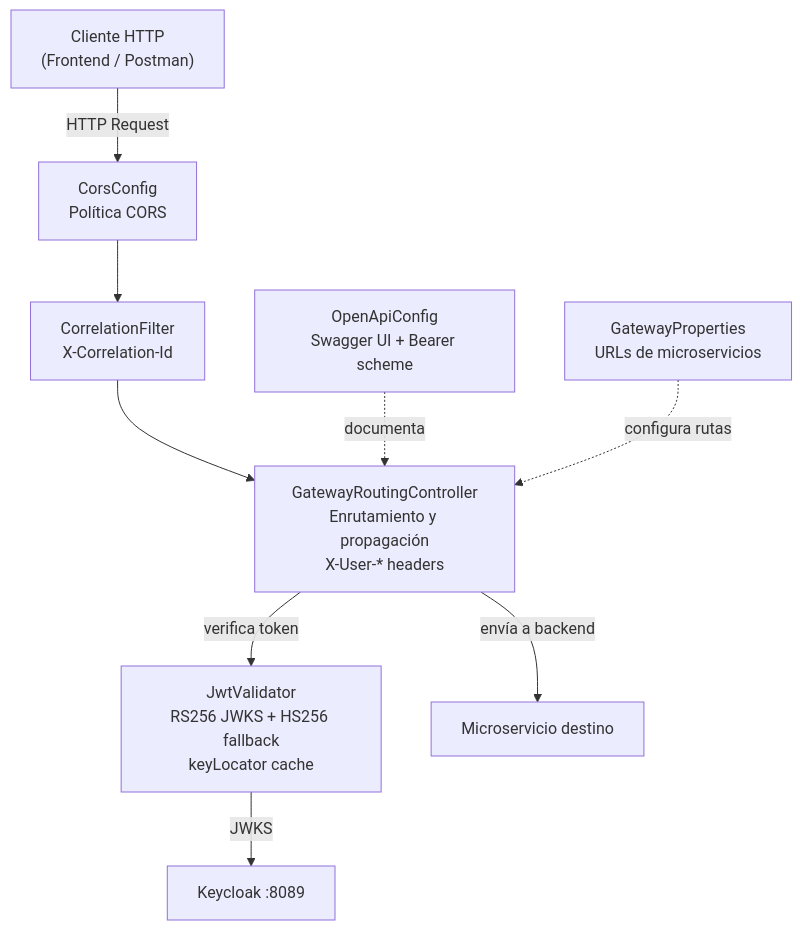
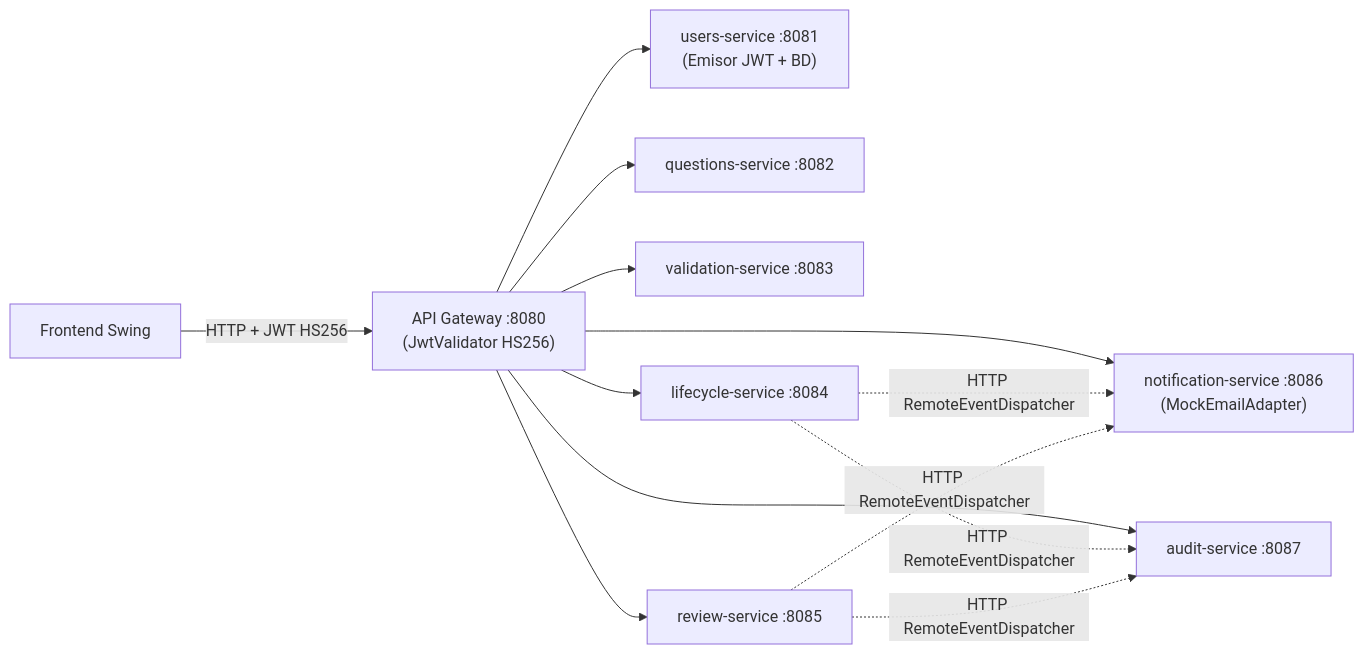
The second of 4 diagrams in docs/arquitectura-sprint3.md (cristiang00/banco_preguntas_sf2), drawn with Mermaid before and after one commit. The commit also changed other lines of this file and 107 other files, not shown here.

````diff
--- a/docs/arquitectura-sprint3.md
+++ b/docs/arquitectura-sprint3.md
@@ -116,19 +129,13 @@
 ```mermaid
-flowchart TD
-    client["Cliente HTTP\n(Frontend / Postman)"]
-    cors["CorsConfig\nPolítica CORS"]
-    corrFilter["CorrelationFilter\nX-Correlation-Id"]
-    router["GatewayRoutingController\nEnrutamiento y propagación\nX-User-* headers"]
-    jwtval["JwtValidator\nRS256 JWKS + HS256 fallback\nkeyLocator cache"]
-    openapi["OpenApiConfig\nSwagger UI + Bearer scheme"]
-    props["GatewayProperties\nURLs de microservicios"]
-
-    client -->|"HTTP Request"| cors
-    cors --> corrFilter
-    corrFilter --> router
-    router -->|"verifica token"| jwtval
-    jwtval -->|"JWKS"| kc["Keycloak :8089"]
-    router -->|"envía a backend"| backend["Microservicio destino"]
-    openapi -.->|"documenta"| router
-    props -.->|"configura rutas"| router
+flowchart LR
+    fe2["Frontend Swing"] -->|"HTTP + JWT HS256"| gw2["API Gateway :8080\n(JwtValidator HS256)"]
+    gw2 --> u2["users-service :8081\n(Emisor JWT + BD)"]
+    gw2 --> q2["questions-service :8082"]
+    gw2 --> v2["validation-service :8083"]
+    gw2 --> l2["lifecycle-service :8084"]
+    gw2 --> r2["review-service :8085"]
+    gw2 --> n2["notification-service :8086\n(MockEmailAdapter)"]
+    gw2 --> a2["audit-service :8087"]
+    l2 -.->|"HTTP RemoteEventDispatcher"| n2 & a2
+    r2 -.->|"HTTP RemoteEventDispatcher"| n2 & a2
 ```
````
